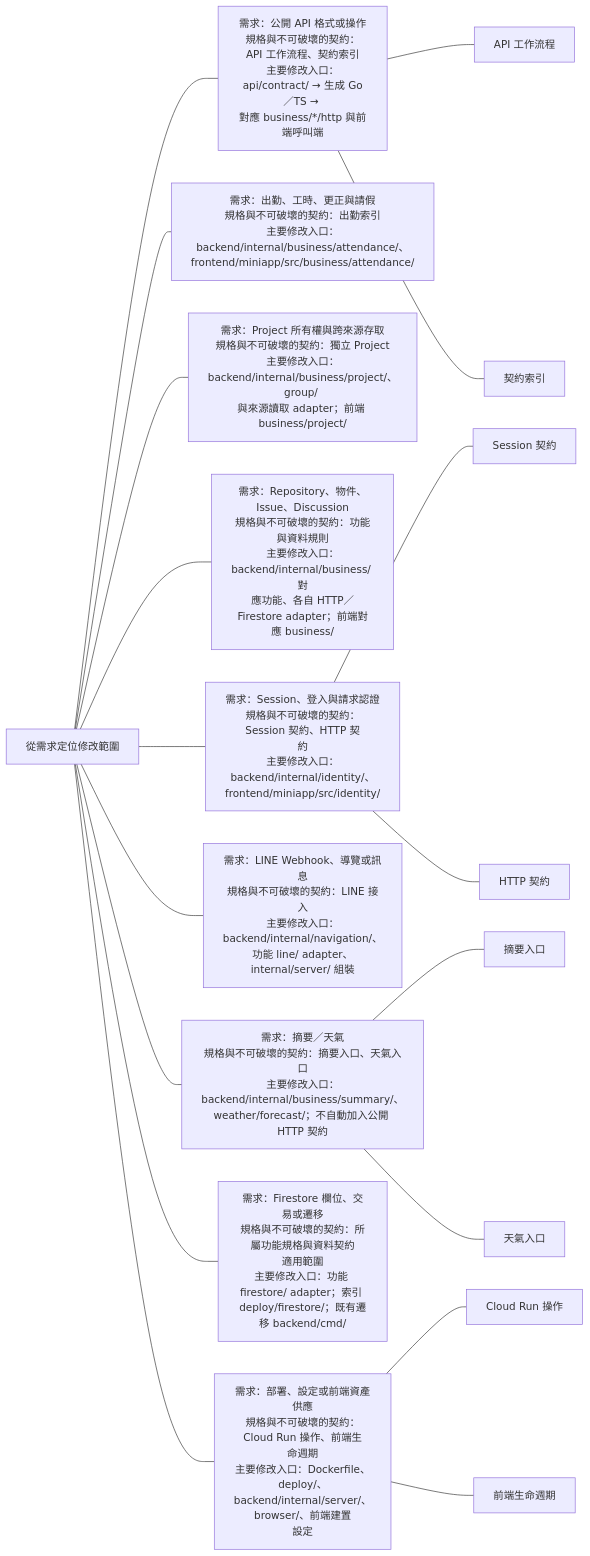
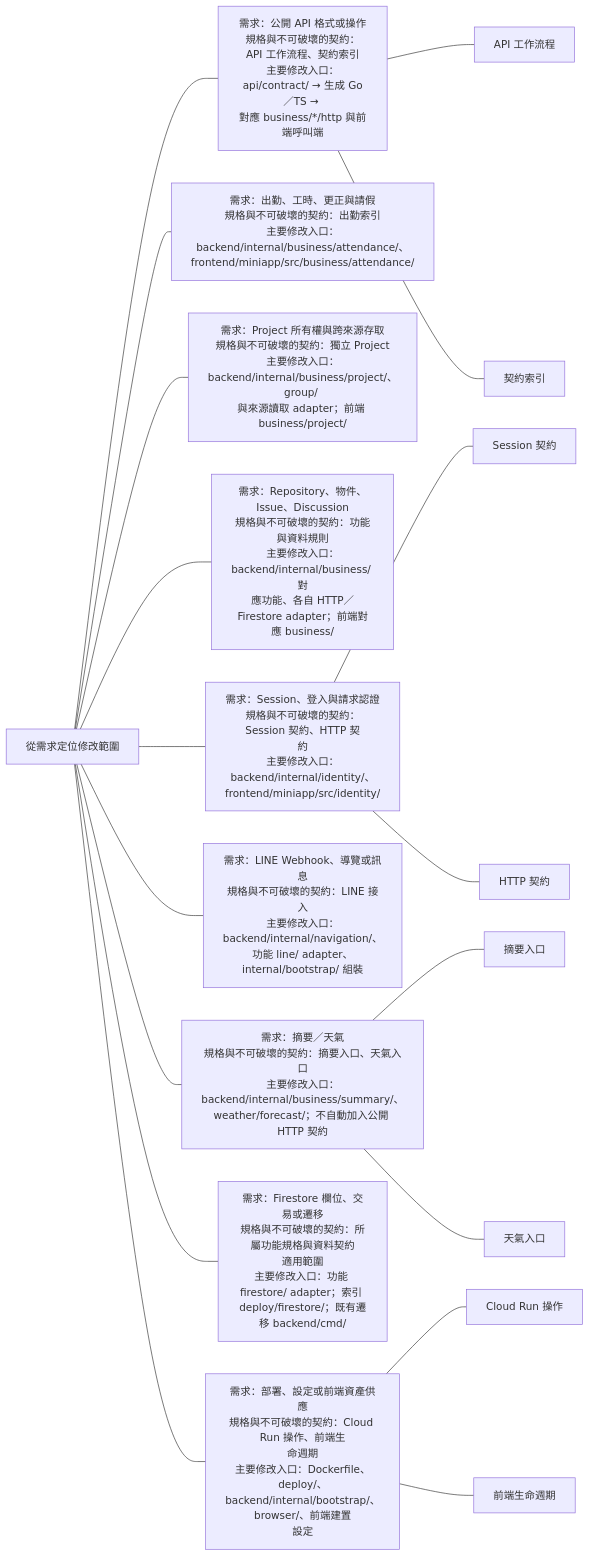
The third of 5 diagrams in docs/architecture/runtime/code-layout.md (963sup/line-mini-app-bot), drawn with Mermaid before and after one commit. The commit also changed other lines of this file and 154 other files, not shown here.

Commit message:
refactor(backend): extract bootstrap, platform and business-owned adapters

````diff
--- a/docs/architecture/runtime/code-layout.md
+++ b/docs/architecture/runtime/code-layout.md
@@ -24,34 +24,34 @@
 ```mermaid
 flowchart LR
   h["從需求定位修改範圍"]
   h --- n0["需求：公開 API 格式或操作<br/>規格與不可破壞的契約：API 工作流程、契約索引<br/>主要修改入口：api/contract/ → 生成 Go／TS → <br/>對應 business/*/http 與前端呼叫端"]
   n0 --- n0l0["API 工作流程"]
   click n0l0 "../../../api/README.md"
   n0 --- n0l1["契約索引"]
   click n0l1 "../../../api/contract/README.md"
   h --- n1["需求：出勤、工時、更正與請假<br/>規格與不可破壞的契約：出勤索引<br/>主要修改入口：<br/>backend/internal/business/attendance/、<br/>frontend/miniapp/src/business/attendance/"]
   click n1 "../../domains/README.md#出勤"
   h --- n2["需求：Project 所有權與跨來源存取<br/>規格與不可破壞的契約：獨立 Project<br/>主要修改入口：<br/>backend/internal/business/project/、group/ <br/>與來源讀取 adapter；前端 business/project/"]
   click n2 "../../domains/project/project.md"
   h --- n3["需求：Repository、物件、Issue、Discussion<br/>規格與不可破壞的契約：功能與資料規則<br/>主要修改入口：backend/internal/business/ 對<br/>應功能、各自 HTTP／Firestore adapter；前端對<br/>應 business/"]
   click n3 "../../domains/README.md#儲存庫"
   h --- n4["需求：Session、登入與請求認證<br/>規格與不可破壞的契約：Session 契約、HTTP 契<br/>約<br/>主要修改入口：backend/internal/identity/、<br/>frontend/miniapp/src/identity/"]
   n4 --- n4l0["Session 契約"]
   click n4l0 "../identity/browser-session.md"
   n4 --- n4l1["HTTP 契約"]
   click n4l1 "../contracts/http.md"
-  h --- n5["需求：LINE Webhook、導覽或訊息<br/>規格與不可破壞的契約：LINE 接入<br/>主要修改入口：backend/internal/navigation/、<br/>功能 line/ adapter、internal/server/ 組裝"]
+  h --- n5["需求：LINE Webhook、導覽或訊息<br/>規格與不可破壞的契約：LINE 接入<br/>主要修改入口：backend/internal/navigation/、<br/>功能 line/ adapter、internal/bootstrap/ 組裝"]
   click n5 "../../guides/line-setup/README.md"
   h --- n6["需求：摘要／天氣<br/>規格與不可破壞的契約：摘要入口、天氣入口<br/>主要修改入口：<br/>backend/internal/business/summary/、<br/>weather/forecast/；不自動加入公開 HTTP 契約"]
   n6 --- n6l0["摘要入口"]
   click n6l0 "../../../api/contract/summary/README.md"
   n6 --- n6l1["天氣入口"]
   click n6l1 "../../../api/contract/weather/README.md"
   h --- n7["需求：Firestore 欄位、交易或遷移<br/>規格與不可破壞的契約：所屬功能規格與資料契約<br/>適用範圍<br/>主要修改入口：功能 firestore/ adapter；索引 <br/>deploy/firestore/；既有遷移 backend/cmd/"]
   click n7 "dependencies.md#契約與不變條件的維護位置"
-  h --- n8["需求：部署、設定或前端資產供應<br/>規格與不可破壞的契約：Cloud Run 操作、前端生<br/>命週期<br/>主要修改入口：Dockerfile、deploy/、<br/>backend/internal/server/、browser/、前端建置<br/>設定"]
+  h --- n8["需求：部署、設定或前端資產供應<br/>規格與不可破壞的契約：Cloud Run 操作、前端生<br/>命週期<br/>主要修改入口：Dockerfile、deploy/、<br/>backend/internal/bootstrap/、browser/、前端建置<br/>設定"]
   n8 --- n8l0["Cloud Run 操作"]
   click n8l0 "../../guides/release/cloud-run.md"
   n8 --- n8l1["前端生命週期"]
   click n8l1 "react-lifecycle.md"
 ```
````
